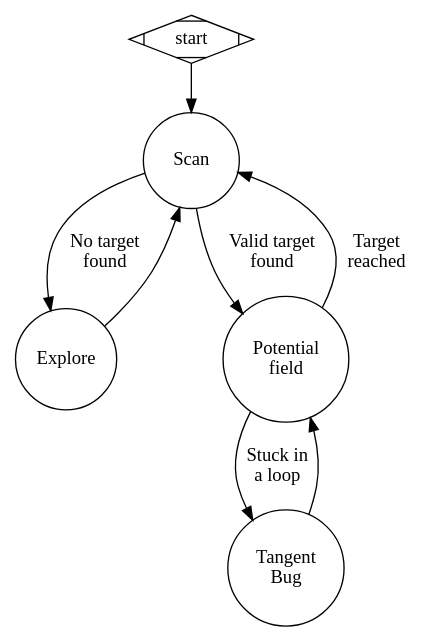
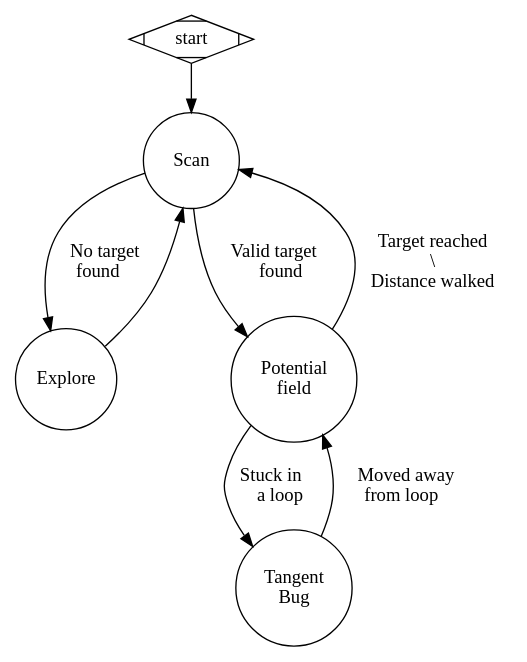
The diagram in docs/log/src/FSA/fsa.dot (Andrea-Augello/Robotics-project), drawn with Graphviz before and after one commit. The commit also changed 1 other file, not shown here.

```diff
--- a/docs/log/src/FSA/fsa.dot
+++ b/docs/log/src/FSA/fsa.dot
@@ -1,15 +1,17 @@
 digraph G {
     start [shape=Mdiamond, width=1];
     b [label="Tangent\n Bug", shape=circle, width=1];
     e [label="Explore", shape=circle, width=1];
     p [label="Potential\n field", shape=circle, width=1];
     s [label="Scan", shape=circle, width=1];
 
     start -> s;
-    s->e [label="No target\nfound"];
+    s->e [label="No target\nfound   "];
     e->s;
-    s->p [label="Valid target\nfound"];
-    p->s [label="Target\n reached"];
-    p->b [label="Stuck in\na loop"];
-    b->p;
+    s->p [label="Valid target   \nfound"];
+    p->s [label="Target reached\n\\\nDistance walked"];
+    p->b [label="Stuck in    \na loop"];
+    b->p [label="   Moved away\nfrom loop"];
+
+
 }
```
